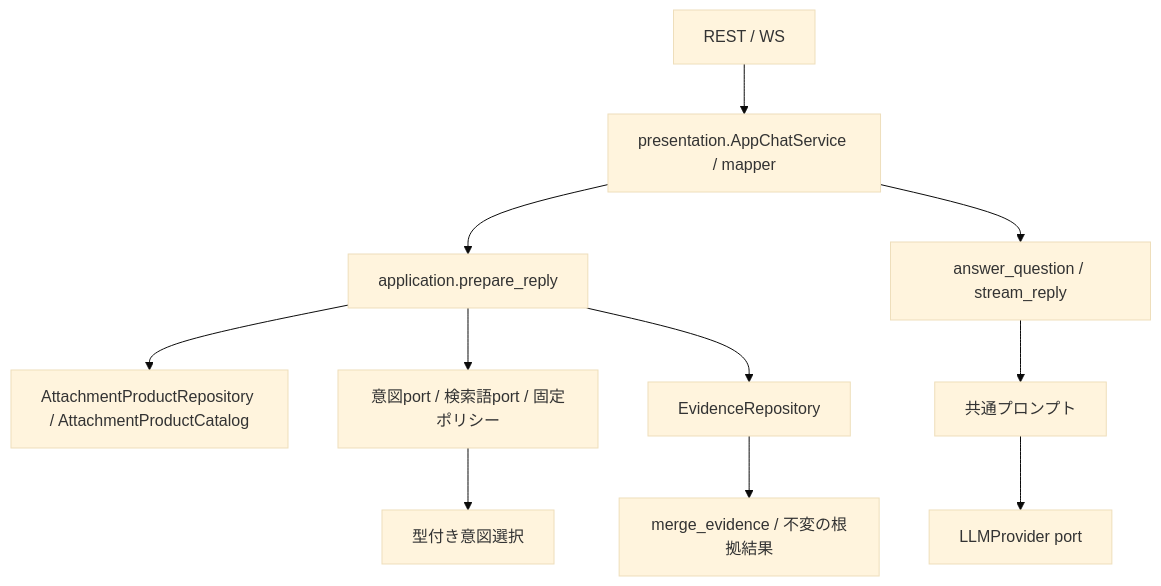
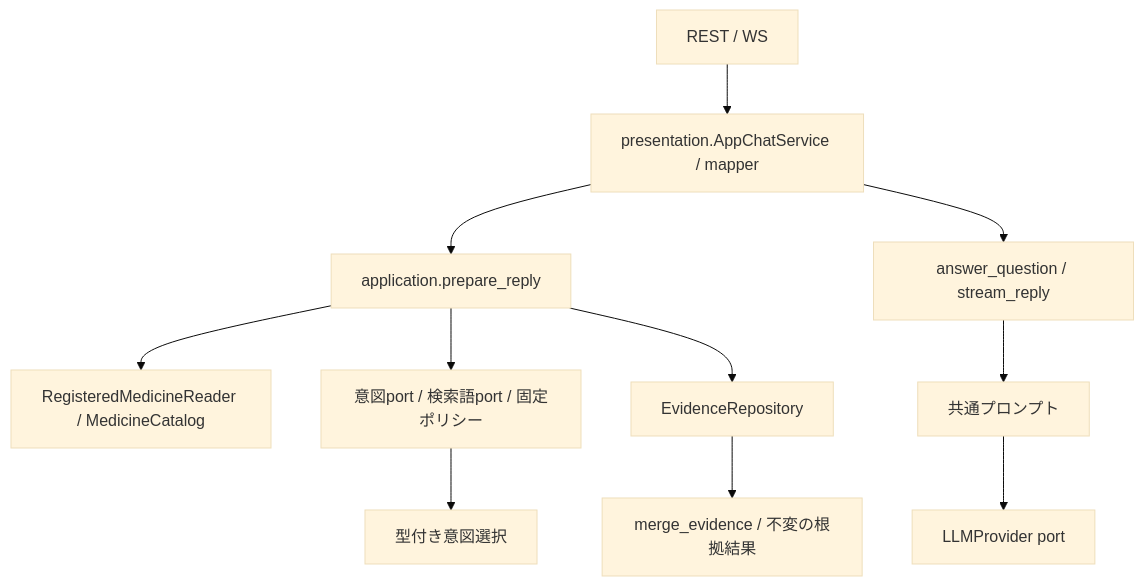
Before and after one commit to SatohaCC/medi-chat: the second of 2 diagrams in backend/README.md, drawn with Mermaid (base theme). The commit also changed other lines of this file and 79 other files, not shown here.

````diff
--- a/backend/README.md
+++ b/backend/README.md
@@ -119,13 +119,13 @@
 ```mermaid
 flowchart TD
   Routes[REST / WS] --> Service[presentation.AppChatService / mapper]
   Service --> Prepare[application.prepare_reply]
-  Prepare --> Medicine[AttachmentProductRepository / AttachmentProductCatalog]
+  Prepare --> Medicine[RegisteredMedicineReader / MedicineCatalog]
   Prepare --> Detect[意図port / 検索語port / 固定ポリシー]
   Detect --> Select[型付き意図選択]
   Prepare --> Read[EvidenceRepository]
   Read --> Merge[merge_evidence / 不変の根拠結果]
   Service --> Reply[answer_question / stream_reply]
   Reply --> Prompt[共通プロンプト]
   Prompt --> Provider[LLMProvider port]
 ```
````
